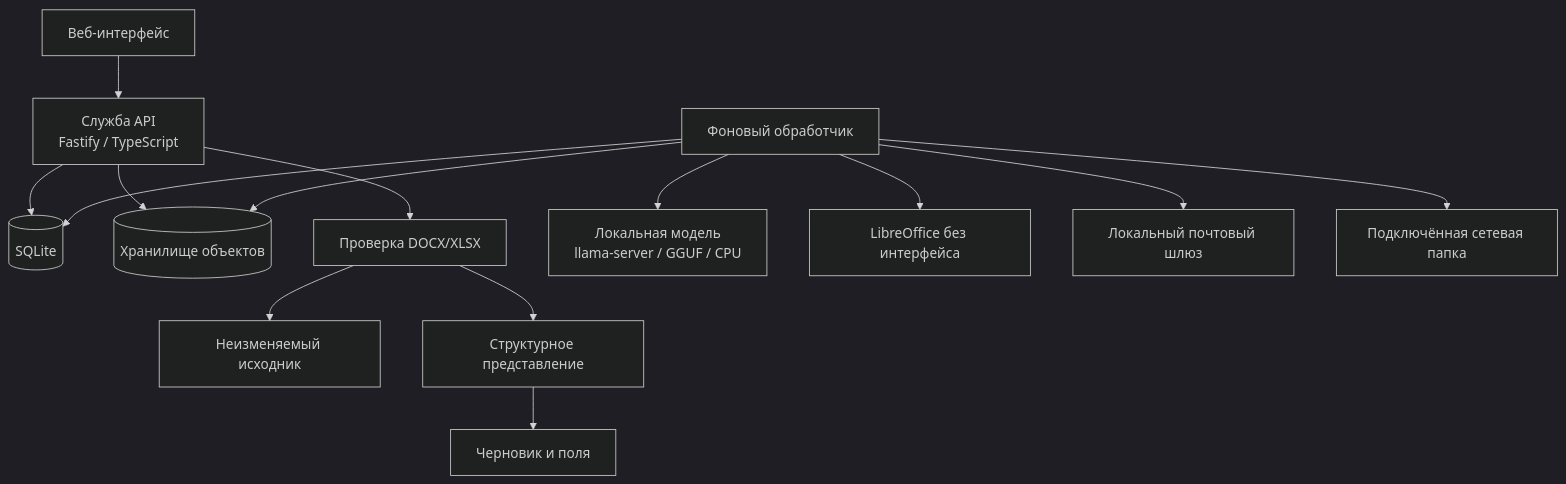
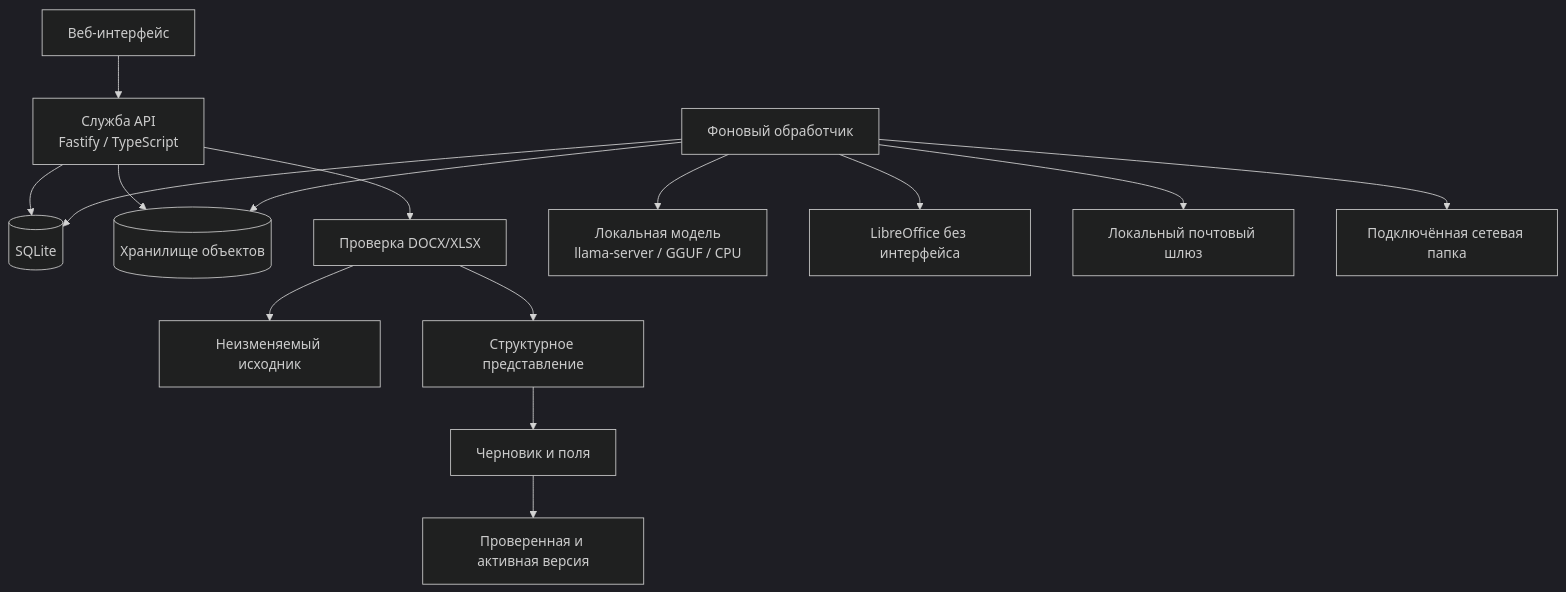
One commit to f2re/docomator changed the diagram in README.md. Above: the diagram before and after it, drawn with Mermaid (dark theme). The commit also changed other lines of this file, not shown here.

````diff
--- a/README.md
+++ b/README.md
@@ -233,16 +238,17 @@
 ```mermaid
 flowchart TB
     UI[Веб-интерфейс] --> API[Служба API\nFastify / TypeScript]
     API --> DB[(SQLite)]
     API --> OBJECTS[(Хранилище объектов)]
     API --> INTAKE[Проверка DOCX/XLSX]
     INTAKE --> QUARANTINE[Неизменяемый исходник]
     INTAKE --> STRUCTURE[Структурное представление]
     STRUCTURE --> DRAFT[Черновик и поля]
+    DRAFT --> RELEASE[Проверенная и активная версия]
     WORKER[Фоновый обработчик] --> DB
     WORKER --> OBJECTS
     WORKER --> LLM[Локальная модель\nllama-server / GGUF / CPU]
     WORKER --> LO[LibreOffice без интерфейса]
     WORKER --> SMTP[Локальный почтовый шлюз]
     WORKER --> SHARE[Подключённая сетевая папка]
 ```
````
